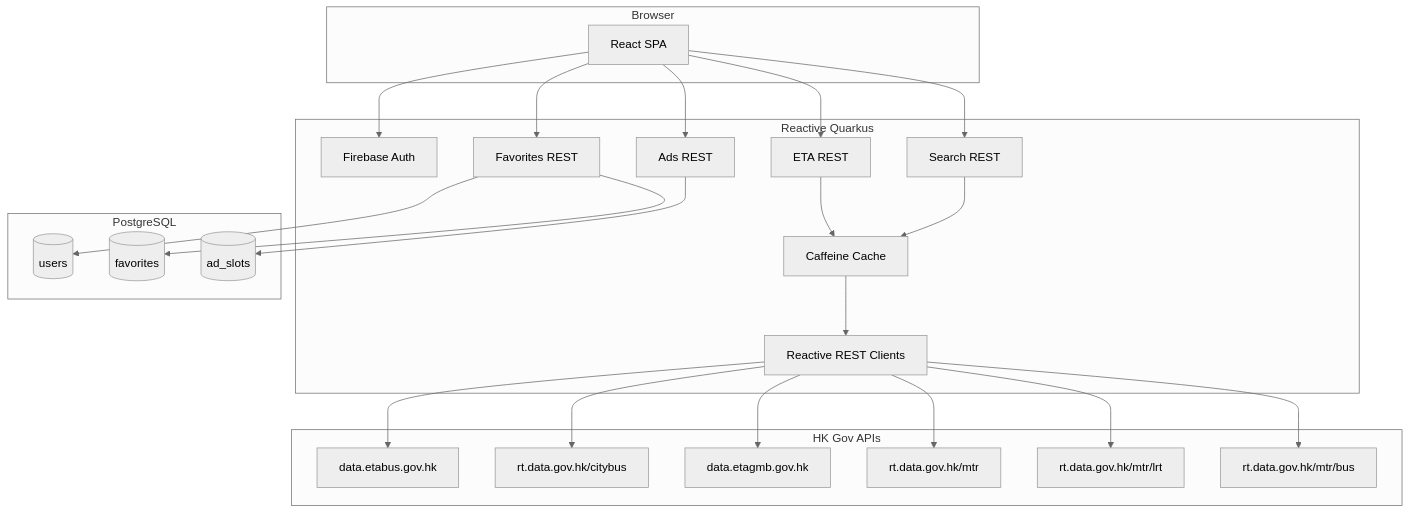
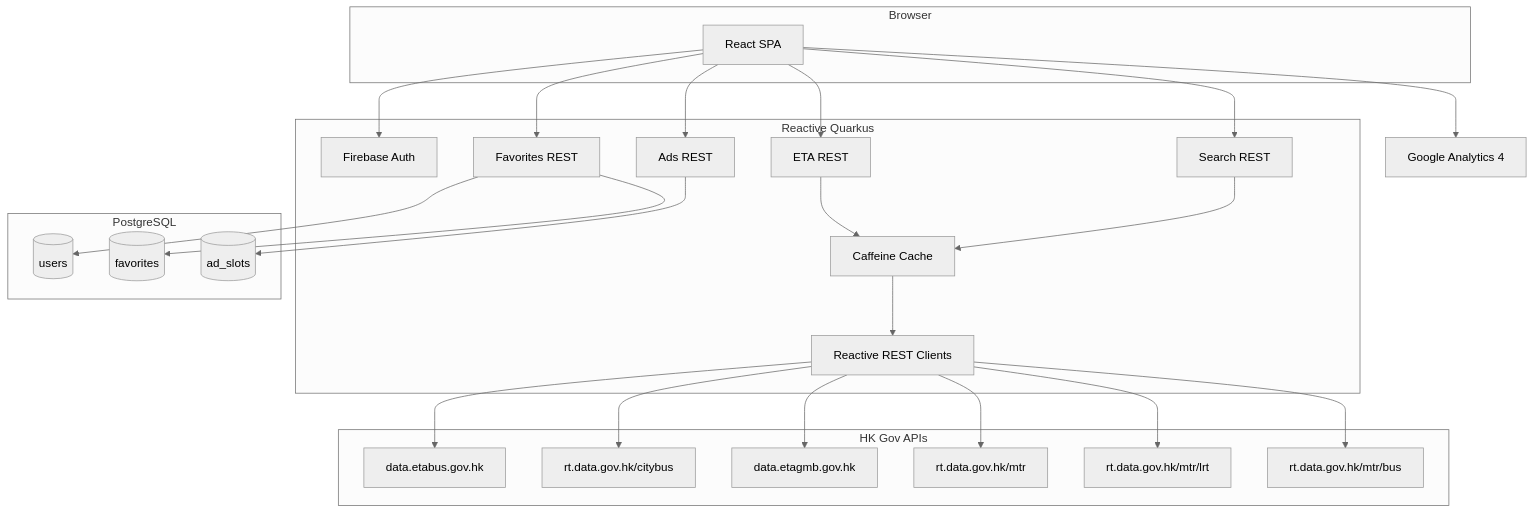
Before and after one commit to faworkshop/ptdashboard: the diagram in docs/architecture.md, drawn with Mermaid (neutral theme). The commit also changed 6 other files, not shown here.

````diff
--- a/docs/architecture.md
+++ b/docs/architecture.md
@@ -7,49 +7,50 @@
 ```mermaid
 flowchart TB
   subgraph client [Browser]
     UI[React SPA]
   end
 
   subgraph quarkus [Reactive Quarkus]
     Auth[Firebase Auth]
     FavAPI[Favorites REST]
     EtaAPI[ETA REST]
     SearchAPI[Search REST]
     AdsAPI[Ads REST]
     Cache[Caffeine Cache]
     RestClient[Reactive REST Clients]
   end
 
   subgraph db [PostgreSQL]
     Users[(users)]
     Favorites[(favorites)]
     Ads[(ad_slots)]
   end
 
   subgraph hk [HK Gov APIs]
     KMB[data.etabus.gov.hk]
     CTB[rt.data.gov.hk/citybus]
     GMB[data.etagmb.gov.hk]
     MTR[rt.data.gov.hk/mtr]
     LRT[rt.data.gov.hk/mtr/lrt]
     MTRBus[rt.data.gov.hk/mtr/bus]
   end
 
   UI --> Auth
   UI --> FavAPI
   UI --> EtaAPI
   UI --> SearchAPI
   UI --> AdsAPI
+  UI --> GA4[Google Analytics 4]
   FavAPI --> Users
   FavAPI --> Favorites
   AdsAPI --> Ads
   EtaAPI --> Cache
   SearchAPI --> Cache
   Cache --> RestClient
   RestClient --> KMB
   RestClient --> CTB
   RestClient --> GMB
   RestClient --> MTR
   RestClient --> LRT
   RestClient --> MTRBus
 ```
````
